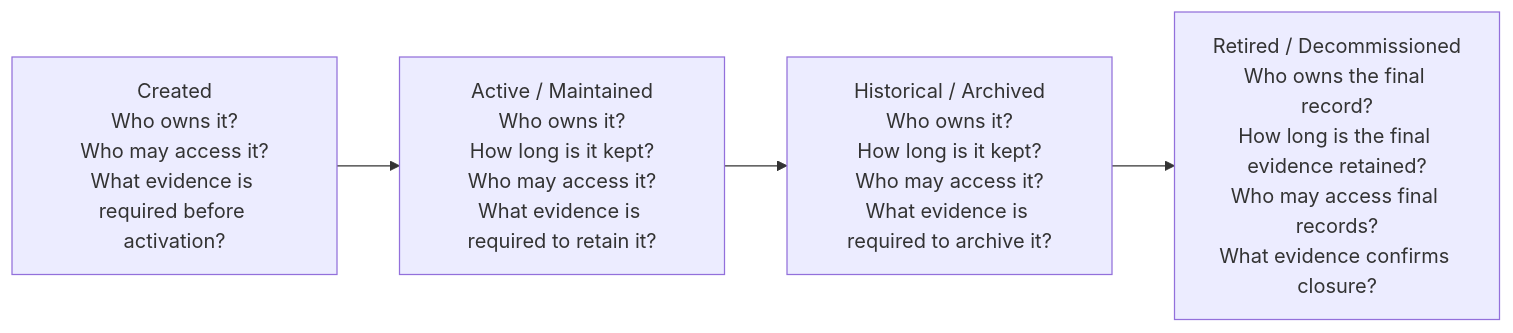
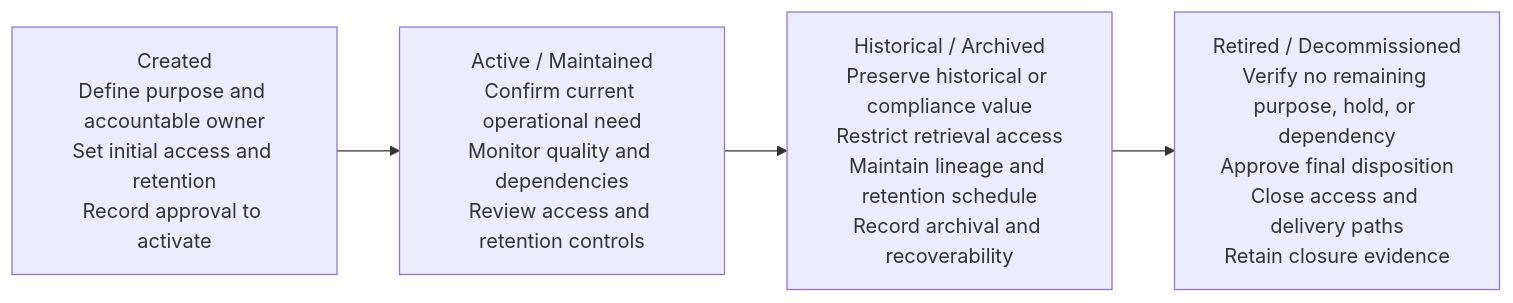
One commit to skitazaki/notes-with-ai changed the diagram in content/docs/data/management/lifecycle-management/_index.md. Above: the diagram before and after it, drawn with Mermaid. The commit also changed other lines of this file and 3 other files, not shown here.

````diff
--- a/content/docs/data/management/lifecycle-management/_index.md
+++ b/content/docs/data/management/lifecycle-management/_index.md
@@ -15,6 +15,6 @@
 ```mermaid
 flowchart LR
-    A["Created<br/>Who owns it?<br/>Who may access it?<br/>What evidence is required before activation?"] --> B["Active / Maintained<br/>Who owns it?<br/>How long is it kept?<br/>Who may access it?<br/>What evidence is required to retain it?"]
-    B --> C["Historical / Archived<br/>Who owns it?<br/>How long is it kept?<br/>Who may access it?<br/>What evidence is required to archive it?"]
-    C --> D["Retired / Decommissioned<br/>Who owns the final record?<br/>How long is the final evidence retained?<br/>Who may access final records?<br/>What evidence confirms closure?"]
+    A["Created<br/>Define purpose and accountable owner<br/>Set initial access and retention<br/>Record approval to activate"] --> B["Active / Maintained<br/>Confirm current operational need<br/>Monitor quality and dependencies<br/>Review access and retention controls"]
+    B --> C["Historical / Archived<br/>Preserve historical or compliance value<br/>Restrict retrieval access<br/>Maintain lineage and retention schedule<br/>Record archival and recoverability"]
+    C --> D["Retired / Decommissioned<br/>Verify no remaining purpose, hold, or dependency<br/>Approve final disposition<br/>Close access and delivery paths<br/>Retain closure evidence"]
 ```
````
